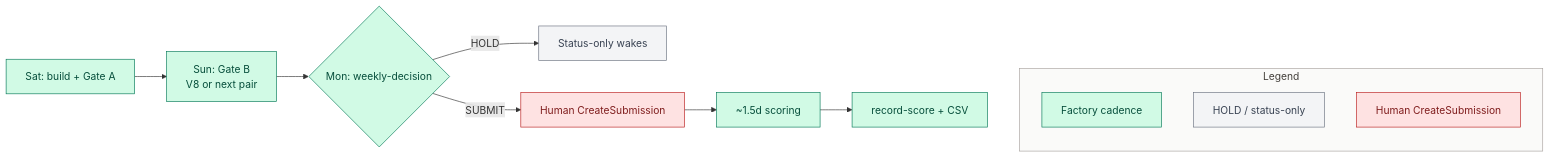
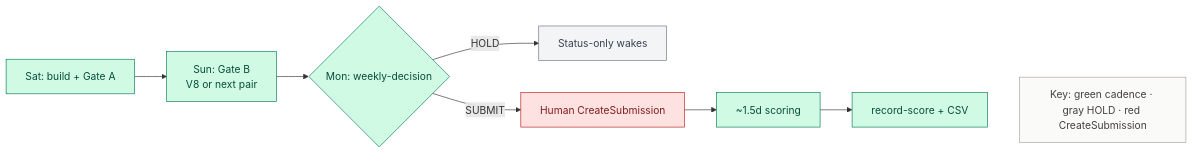
One commit to khaosans/noisegate-gemma4-factory changed the third of 7 diagrams in docs/wiki/Architecture.md. Above: the diagram before and after it, drawn with Mermaid. The commit also changed other lines of this file and 4 other files, not shown here.

First line of the commit message:
docs: compact Mermaid legends to single Key lines

````diff
--- a/docs/wiki/Architecture.md
+++ b/docs/wiki/Architecture.md
@@ -105,25 +95,20 @@
 ```mermaid
 flowchart LR
   Sat[Sat: build + Gate A] --> Sun[Sun: Gate B<br/>V8 or next pair]
   Sun --> Mon{Mon: weekly-decision}
   Mon -->|HOLD| Ops[Status-only wakes]
   Mon -->|SUBMIT| Hitl[Human CreateSubmission]
   Hitl --> Wait[~1.5d scoring]
   Wait --> Rec[record-score + CSV]
 
-  subgraph Legend["Legend"]
-    direction TB
-    LegF[Factory cadence]
-    LegH[HOLD / status-only]
-    LegS[Human CreateSubmission]
-  end
-  Rec ~~~ LegF
+  Key["Key: green cadence · gray HOLD · red CreateSubmission"]
+  Rec ~~~ Key
 
   classDef factory fill:#D1FAE5,stroke:#047857,color:#064E3B
   classDef hitl fill:#FEE2E2,stroke:#B91C1C,color:#7F1D1D
   classDef hold fill:#F3F4F6,stroke:#6B7280,color:#374151
-  class Sat,Sun,Mon,Wait,Rec,LegF factory
-  class Ops,LegH hold
-  class Hitl,LegS hitl
-  style Legend fill:#FAFAF9,stroke:#A8A29E,color:#44403C
+  class Sat,Sun,Mon,Wait,Rec factory
+  class Ops hold
+  class Hitl hitl
+  style Key fill:#FAFAF9,stroke:#A8A29E,color:#44403C
 ```
````
